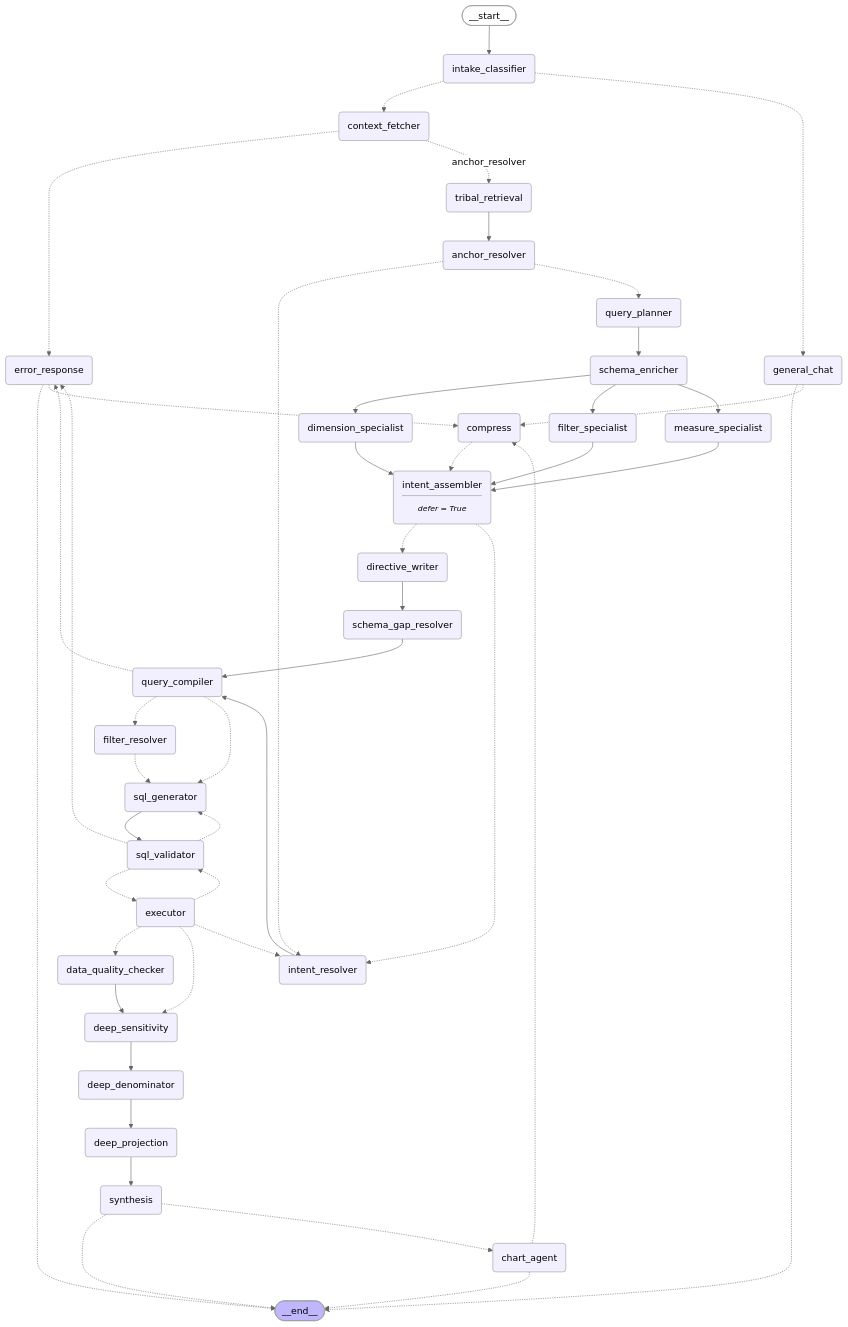
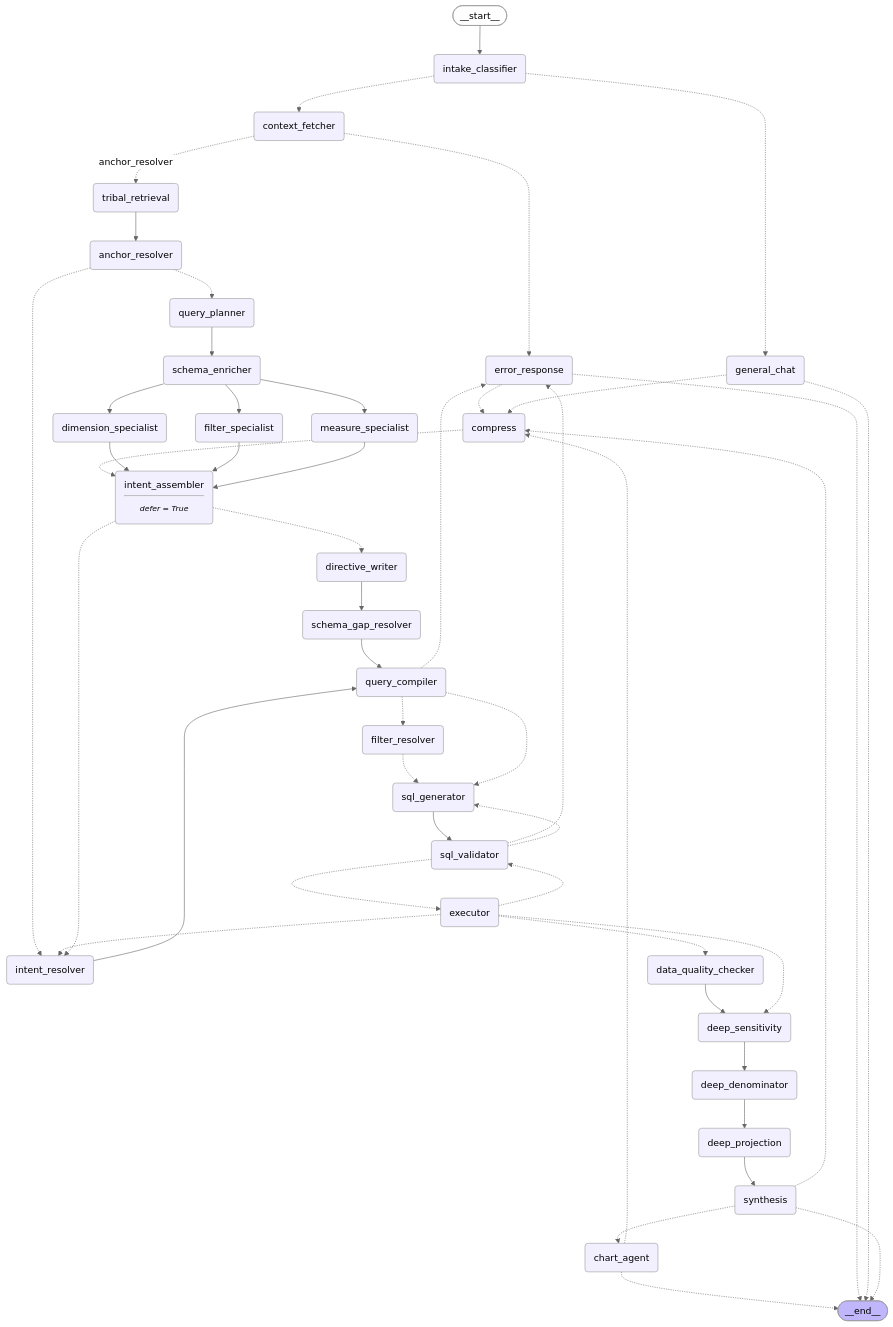
One commit to mayankdas2005/MTI-Brain changed the diagram in assets/analytics_graph.mmd. Above: the diagram before and after it, drawn with Mermaid (neutral theme). The commit also changed 6 other files, not shown here.

```diff
--- a/assets/analytics_graph.mmd
+++ b/assets/analytics_graph.mmd
@@ -1,78 +1,79 @@
 graph TD;
 	__start__([<p>__start__</p>]):::first
 	intake_classifier(intake_classifier)
 	general_chat(general_chat)
 	context_fetcher(context_fetcher)
 	tribal_retrieval(tribal_retrieval)
 	anchor_resolver(anchor_resolver)
 	query_planner(query_planner)
 	schema_enricher(schema_enricher)
 	measure_specialist(measure_specialist)
 	filter_specialist(filter_specialist)
 	dimension_specialist(dimension_specialist)
 	intent_assembler(intent_assembler<hr/><small><em>defer = True</em></small>)
 	directive_writer(directive_writer)
 	schema_gap_resolver(schema_gap_resolver)
 	intent_resolver(intent_resolver)
 	query_compiler(query_compiler)
 	filter_resolver(filter_resolver)
 	sql_generator(sql_generator)
 	sql_validator(sql_validator)
 	executor(executor)
 	data_quality_checker(data_quality_checker)
 	deep_sensitivity(deep_sensitivity)
 	deep_denominator(deep_denominator)
 	deep_projection(deep_projection)
 	synthesis(synthesis)
 	chart_agent(chart_agent)
 	error_response(error_response)
 	compress(compress)
 	__end__([<p>__end__</p>]):::last
 	__start__ --> intake_classifier;
 	anchor_resolver -.-> intent_resolver;
 	anchor_resolver -.-> query_planner;
 	chart_agent -.-> __end__;
 	chart_agent -.-> compress;
 	compress -.-> intent_assembler;
 	context_fetcher -.-> error_response;
 	context_fetcher -. &nbsp;anchor_resolver&nbsp; .-> tribal_retrieval;
 	data_quality_checker --> deep_sensitivity;
 	deep_denominator --> deep_projection;
 	deep_projection --> synthesis;
 	deep_sensitivity --> deep_denominator;
 	dimension_specialist --> intent_assembler;
 	directive_writer --> schema_gap_resolver;
 	error_response -.-> __end__;
 	error_response -.-> compress;
 	executor -.-> data_quality_checker;
 	executor -.-> deep_sensitivity;
 	executor -.-> intent_resolver;
 	executor -.-> sql_validator;
 	filter_resolver -.-> sql_generator;
 	filter_specialist --> intent_assembler;
 	general_chat -.-> __end__;
 	general_chat -.-> compress;
 	intake_classifier -.-> context_fetcher;
 	intake_classifier -.-> general_chat;
 	intent_assembler -.-> directive_writer;
 	intent_assembler -.-> intent_resolver;
 	intent_resolver --> query_compiler;
 	measure_specialist --> intent_assembler;
 	query_compiler -.-> error_response;
 	query_compiler -.-> filter_resolver;
 	query_compiler -.-> sql_generator;
 	query_planner --> schema_enricher;
 	schema_enricher --> dimension_specialist;
 	schema_enricher --> filter_specialist;
 	schema_enricher --> measure_specialist;
 	schema_gap_resolver --> query_compiler;
 	sql_generator --> sql_validator;
 	sql_validator -.-> error_response;
 	sql_validator -.-> executor;
 	sql_validator -.-> sql_generator;
 	synthesis -.-> __end__;
 	synthesis -.-> chart_agent;
+	synthesis -.-> compress;
 	tribal_retrieval --> anchor_resolver;
 	classDef default fill:#f2f0ff,line-height:1.2
 	classDef first fill-opacity:0
 	classDef last fill:#bfb6fc
```
